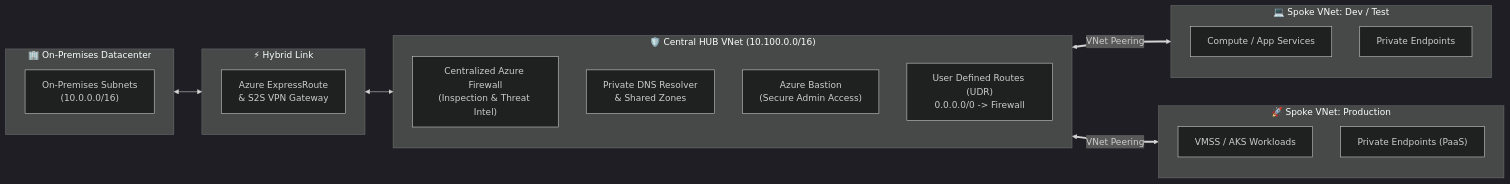
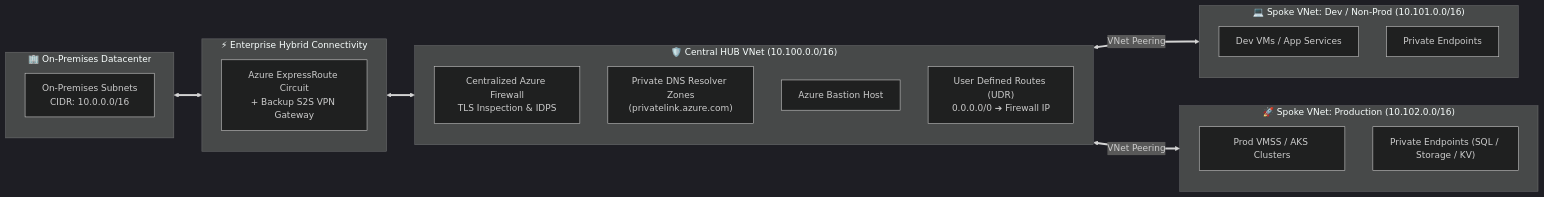
Before and after one commit to aahmad39/aahmad39: the second of 4 diagrams in README.md, drawn with Mermaid (dark theme). The commit also changed other lines of this file, not shown here.

Commit message:
style: overhaul profile README with executive bento-card design, deep topic technical checklists and expandable architecture deep-dives

````diff
--- a/README.md
+++ b/README.md
@@ -128,31 +182,31 @@
 ```mermaid
 flowchart LR
     subgraph OnPrem["🏢 On-Premises Datacenter"]
-        DC_CIDR["On-Premises Subnets\n(10.0.0.0/16)"]
+        DC_CIDR["On-Premises Subnets\nCIDR: 10.0.0.0/16"]
     end
 
-    subgraph HybridConnectivity["⚡ Hybrid Link"]
-        ER["Azure ExpressRoute\n& S2S VPN Gateway"]
+    subgraph HybridTransit["⚡ Enterprise Hybrid Connectivity"]
+        ER["Azure ExpressRoute Circuit\n+ Backup S2S VPN Gateway"]
     end
 
-    subgraph HubVNet["🛡️ Central HUB VNet (10.100.0.0/16)"]
-        FW["Centralized Azure Firewall\n(Inspection & Threat Intel)"]
-        DNS["Private DNS Resolver\n& Shared Zones"]
-        Bastion["Azure Bastion\n(Secure Admin Access)"]
-        UDR_Hub["User Defined Routes (UDR)\n0.0.0.0/0 -> Firewall"]
+    subgraph CentralHub["🛡️ Central HUB VNet (10.100.0.0/16)"]
+        FW["Centralized Azure Firewall\nTLS Inspection & IDPS"]
+        DNS["Private DNS Resolver Zones\n(privatelink.azure.com)"]
+        Bastion["Azure Bastion Host"]
+        UDR["User Defined Routes (UDR)\n0.0.0.0/0 ➔ Firewall IP"]
     end
 
-    subgraph SpokeDev["💻 Spoke VNet: Dev / Test"]
-        DevVM["Compute / App Services"]
-        PE_Dev["Private Endpoints"]
+    subgraph SpokeDev["💻 Spoke VNet: Dev / Non-Prod (10.101.0.0/16)"]
+        DevApps["Dev VMs / App Services"]
+        PEDev["Private Endpoints"]
     end
 
-    subgraph SpokeProd["🚀 Spoke VNet: Production"]
-        ProdVM["VMSS / AKS Workloads"]
-        PE_Prod["Private Endpoints (PaaS)"]
+    subgraph SpokeProd["🚀 Spoke VNet: Production (10.102.0.0/16)"]
+        ProdApps["Prod VMSS / AKS Clusters"]
+        PEProd["Private Endpoints (SQL / Storage / KV)"]
     end
 
-    OnPrem <--> HybridConnectivity <--> HubVNet
-    HubVNet <== VNet Peering ==> SpokeDev
-    HubVNet <== VNet Peering ==> SpokeProd
+    OnPrem <==> HybridTransit <==> CentralHub
+    CentralHub <== VNet Peering ==> SpokeDev
+    CentralHub <== VNet Peering ==> SpokeProd
 ```
````
